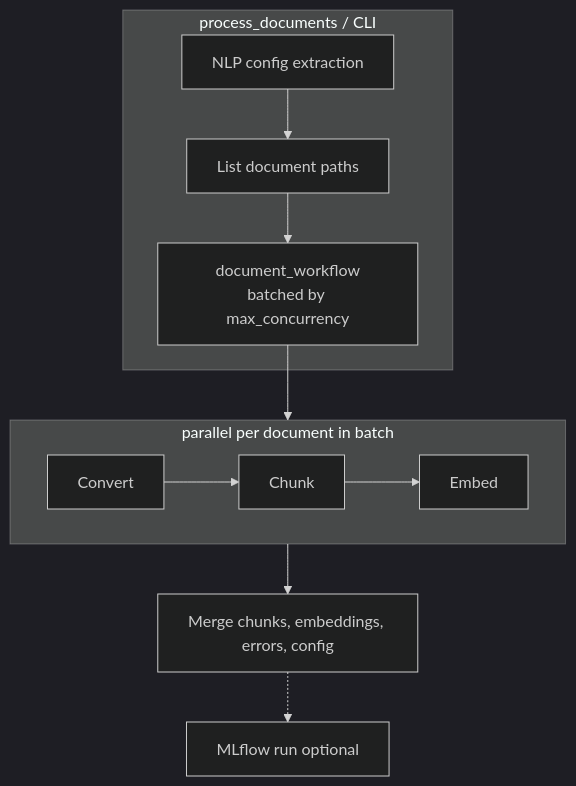
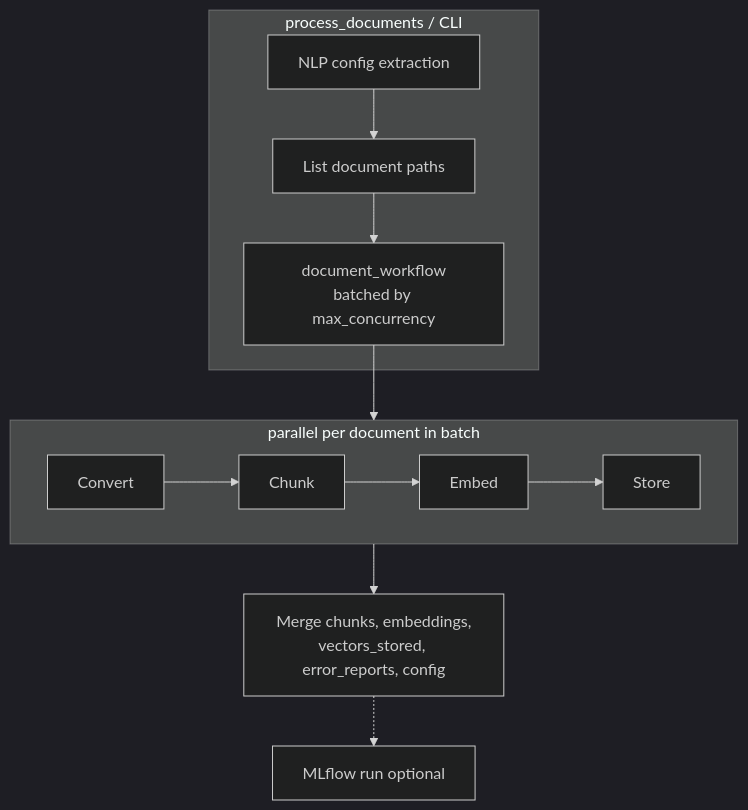
One commit to mcaimi/docling-agent changed the diagram in README.md. Above: the diagram before and after it, drawn with Mermaid (dark theme). The commit also changed other lines of this file and 1 other file, not shown here.

````diff
--- a/README.md
+++ b/README.md
@@ -105,18 +131,19 @@
 ```mermaid
 flowchart TB
     subgraph orchestration [process_documents / CLI]
         extract[NLP config extraction]
         listDocs[List document paths]
         invoke["document_workflow<br/>batched by max_concurrency"]
         extract --> listDocs --> invoke
     end
     subgraph perDoc [parallel per document in batch]
         convert[Convert]
         chunk[Chunk]
         embed[Embed]
-        convert --> chunk --> embed
+        store[Store]
+        convert --> chunk --> embed --> store
     end
     invoke --> perDoc
-    perDoc --> merge[Merge chunks, embeddings, errors, config]
+    perDoc --> merge["Merge chunks, embeddings,<br/>vectors_stored, error_reports, config"]
     merge -.-> mlflow[MLflow run optional]
 ```
````
